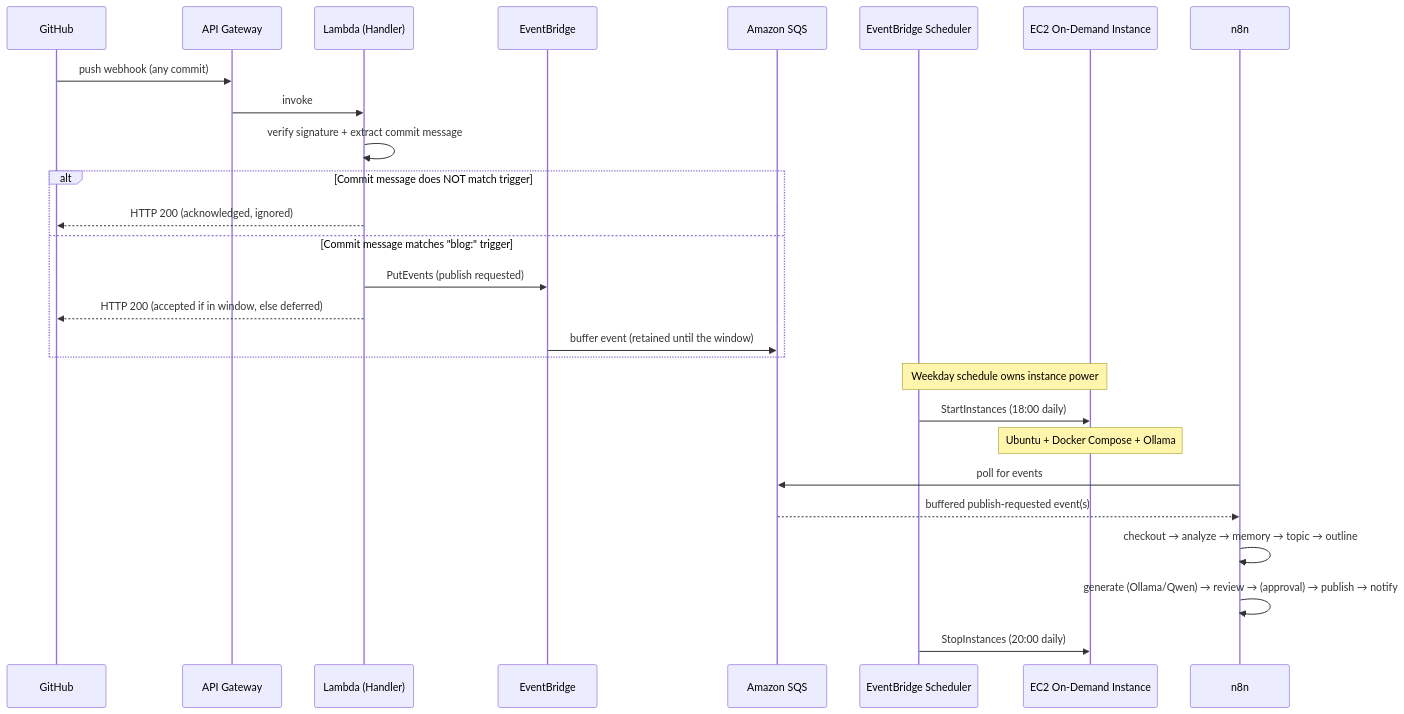
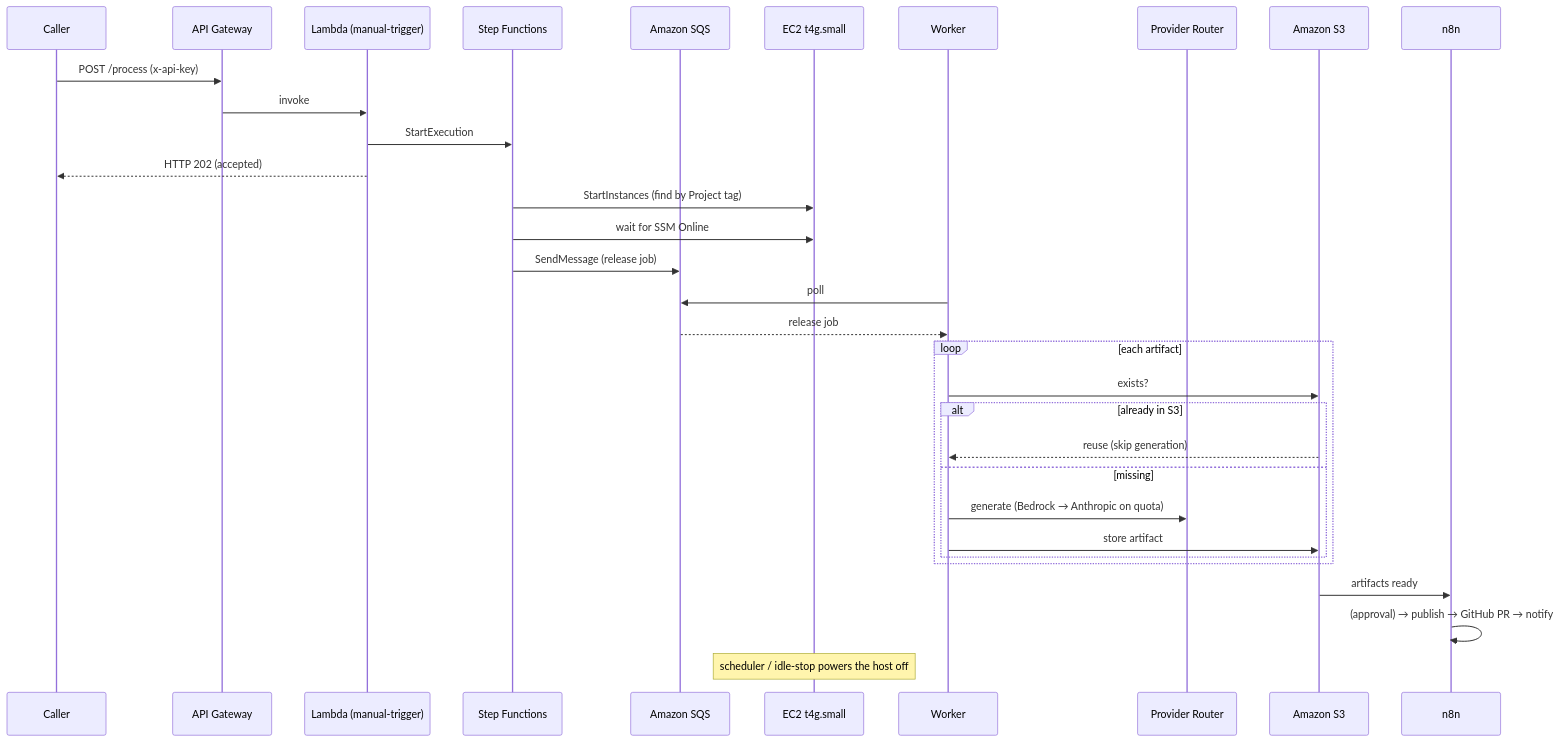
One commit to teddynted/ai-github-repository-blog-generator changed the third of 5 diagrams in README.md. Above: the diagram before and after it, drawn with Mermaid. The commit also changed other lines of this file and 3 other files, not shown here.

First line of the commit message:
docs(readme): rewrite for Provider Router + Step Functions + t4g (Stage D)

````diff
--- a/README.md
+++ b/README.md
@@ -353,31 +320,35 @@
 ```mermaid
 sequenceDiagram
-    participant GH as GitHub
+    participant CAL as Caller
     participant API as API Gateway
-    participant LH as Lambda (Handler)
-    participant EB as EventBridge
+    participant LT as Lambda (manual-trigger)
+    participant SFN as Step Functions
     participant SQS as Amazon SQS
-    participant SCH as EventBridge Scheduler
-    participant EC2 as EC2 On-Demand Instance
+    participant EC2 as EC2 t4g.small
+    participant WK as Worker
+    participant RTR as Provider Router
+    participant S3 as Amazon S3
     participant N8N as n8n
 
-    GH->>API: push webhook (any commit)
-    API->>LH: invoke
-    LH->>LH: verify signature + extract commit message
-    alt Commit message does NOT match trigger
-        LH-->>GH: HTTP 200 (acknowledged, ignored)
-    else Commit message matches "blog:" trigger
-        LH->>EB: PutEvents (publish requested)
-        LH-->>GH: HTTP 200 (accepted if in window, else deferred)
-        EB->>SQS: buffer event (retained until the window)
+    CAL->>API: POST /process (x-api-key)
+    API->>LT: invoke
+    LT->>SFN: StartExecution
+    LT-->>CAL: HTTP 202 (accepted)
+    SFN->>EC2: StartInstances (find by Project tag)
+    SFN->>EC2: wait for SSM Online
+    SFN->>SQS: SendMessage (release job)
+    WK->>SQS: poll
+    SQS-->>WK: release job
+    loop each artifact
+        WK->>S3: exists?
+        alt already in S3
+            S3-->>WK: reuse (skip generation)
+        else missing
+            WK->>RTR: generate (Bedrock → Anthropic on quota)
+            WK->>S3: store artifact
+        end
     end
-
-    Note over SCH,EC2: Weekday schedule owns instance power
-    SCH->>EC2: StartInstances (18:00 daily)
-    Note over EC2: Ubuntu + Docker Compose + Ollama
-    N8N->>SQS: poll for events
-    SQS-->>N8N: buffered publish-requested event(s)
-    N8N->>N8N: checkout → analyze → memory → topic → outline
-    N8N->>N8N: generate (Ollama/Qwen) → review → (approval) → publish → notify
-    SCH->>EC2: StopInstances (20:00 daily)
+    S3->>N8N: artifacts ready
+    N8N->>N8N: (approval) → publish → GitHub PR → notify
+    Note over EC2: scheduler / idle-stop powers the host off
 ```
````
